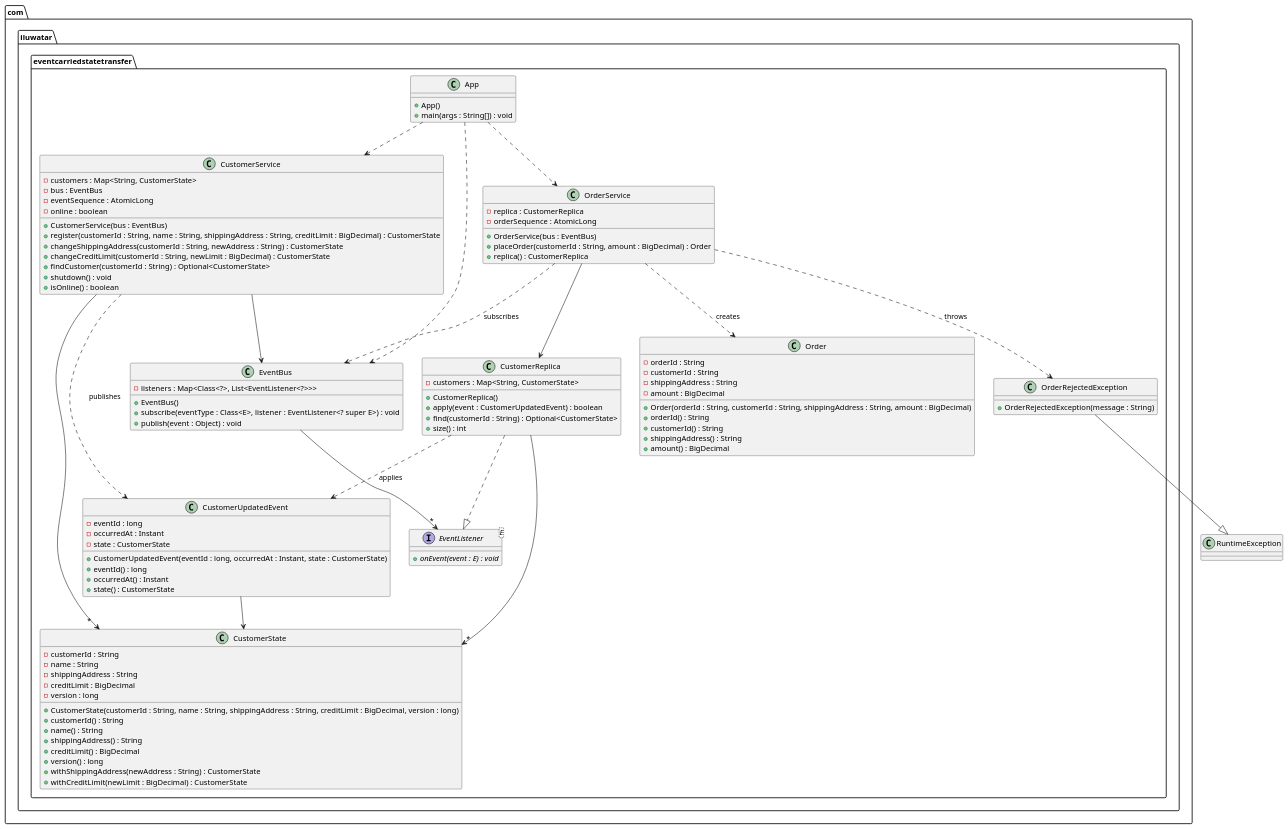
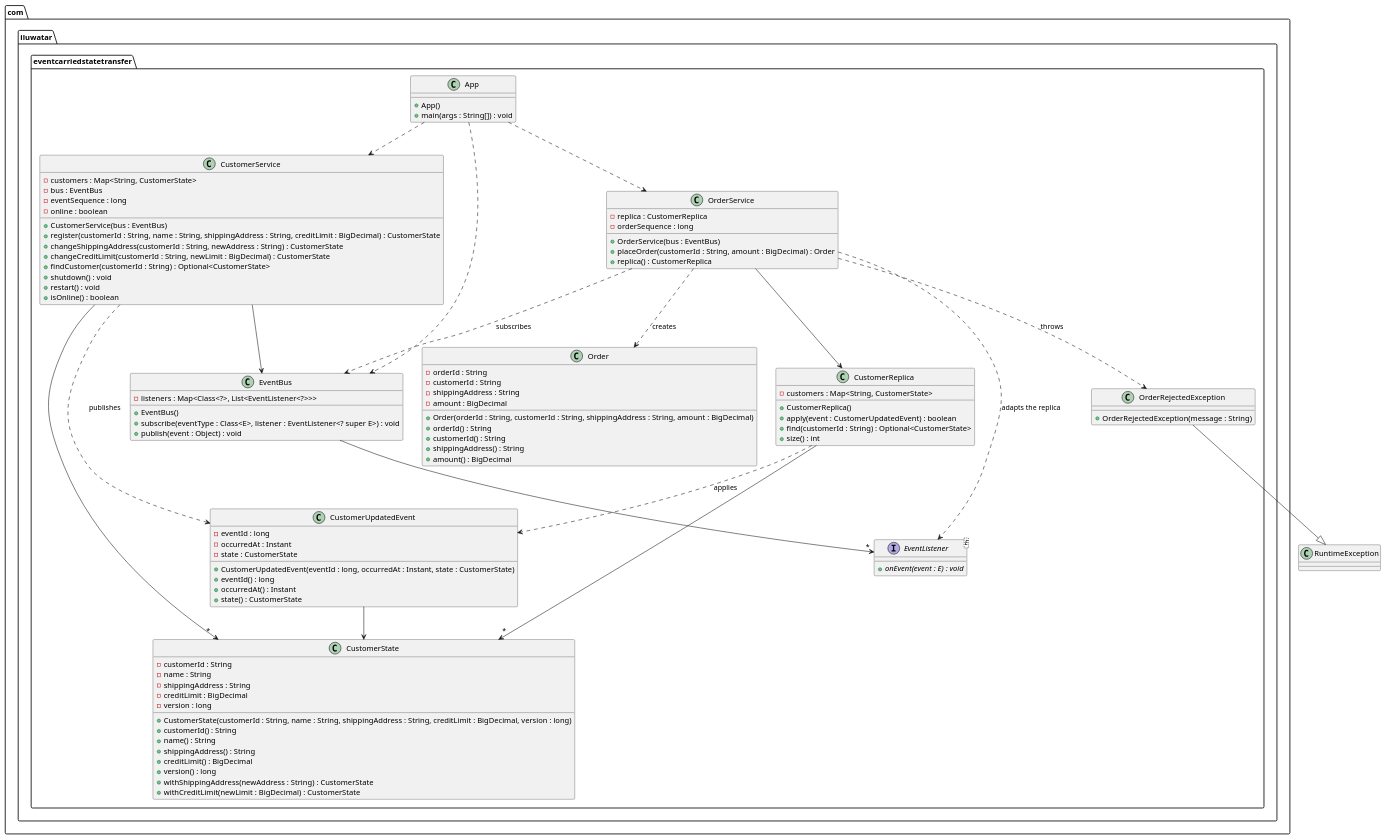
The diagram in event-carried-state-transfer/etc/event-carried-state-transfer.urm.puml (ylcn91/java-design-patterns), drawn with PlantUML before and after one commit. The commit also changed 10 other files, not shown here.

```diff
--- a/event-carried-state-transfer/etc/event-carried-state-transfer.urm.puml
+++ b/event-carried-state-transfer/etc/event-carried-state-transfer.urm.puml
@@ -1,98 +1,99 @@
 @startuml
 package com.iluwatar.eventcarriedstatetransfer {
   class CustomerState {
     - customerId : String
     - name : String
     - shippingAddress : String
     - creditLimit : BigDecimal
     - version : long
     + CustomerState(customerId : String, name : String, shippingAddress : String, creditLimit : BigDecimal, version : long)
     + customerId() : String
     + name() : String
     + shippingAddress() : String
     + creditLimit() : BigDecimal
     + version() : long
     + withShippingAddress(newAddress : String) : CustomerState
     + withCreditLimit(newLimit : BigDecimal) : CustomerState
   }
   class CustomerUpdatedEvent {
     - eventId : long
     - occurredAt : Instant
     - state : CustomerState
     + CustomerUpdatedEvent(eventId : long, occurredAt : Instant, state : CustomerState)
     + eventId() : long
     + occurredAt() : Instant
     + state() : CustomerState
   }
   interface EventListener<E> {
     + onEvent(event : E) : void {abstract}
   }
   class EventBus {
     - listeners : Map<Class<?>, List<EventListener<?>>>
     + EventBus()
     + subscribe(eventType : Class<E>, listener : EventListener<? super E>) : void
     + publish(event : Object) : void
   }
   class CustomerService {
     - customers : Map<String, CustomerState>
     - bus : EventBus
-    - eventSequence : AtomicLong
+    - eventSequence : long
     - online : boolean
     + CustomerService(bus : EventBus)
     + register(customerId : String, name : String, shippingAddress : String, creditLimit : BigDecimal) : CustomerState
     + changeShippingAddress(customerId : String, newAddress : String) : CustomerState
     + changeCreditLimit(customerId : String, newLimit : BigDecimal) : CustomerState
     + findCustomer(customerId : String) : Optional<CustomerState>
     + shutdown() : void
+    + restart() : void
     + isOnline() : boolean
   }
   class CustomerReplica {
     - customers : Map<String, CustomerState>
     + CustomerReplica()
     + apply(event : CustomerUpdatedEvent) : boolean
     + find(customerId : String) : Optional<CustomerState>
     + size() : int
   }
   class OrderService {
     - replica : CustomerReplica
-    - orderSequence : AtomicLong
+    - orderSequence : long
     + OrderService(bus : EventBus)
     + placeOrder(customerId : String, amount : BigDecimal) : Order
     + replica() : CustomerReplica
   }
   class Order {
     - orderId : String
     - customerId : String
     - shippingAddress : String
     - amount : BigDecimal
     + Order(orderId : String, customerId : String, shippingAddress : String, amount : BigDecimal)
     + orderId() : String
     + customerId() : String
     + shippingAddress() : String
     + amount() : BigDecimal
   }
   class OrderRejectedException {
     + OrderRejectedException(message : String)
   }
   class App {
     + App()
     + main(args : String[]) : void
   }
 }
 CustomerUpdatedEvent --> CustomerState
 EventBus --> "*" EventListener
 CustomerService --> EventBus
 CustomerService --> "*" CustomerState
 CustomerService ..> CustomerUpdatedEvent : publishes
 CustomerReplica --> "*" CustomerState
 CustomerReplica ..> CustomerUpdatedEvent : applies
-CustomerReplica ..|> EventListener
 OrderService --> CustomerReplica
+OrderService ..> EventListener : adapts the replica
 OrderService ..> EventBus : subscribes
 OrderService ..> Order : creates
 OrderService ..> OrderRejectedException : throws
 OrderRejectedException --|> RuntimeException
 App ..> EventBus
 App ..> CustomerService
 App ..> OrderService
 @enduml
```
